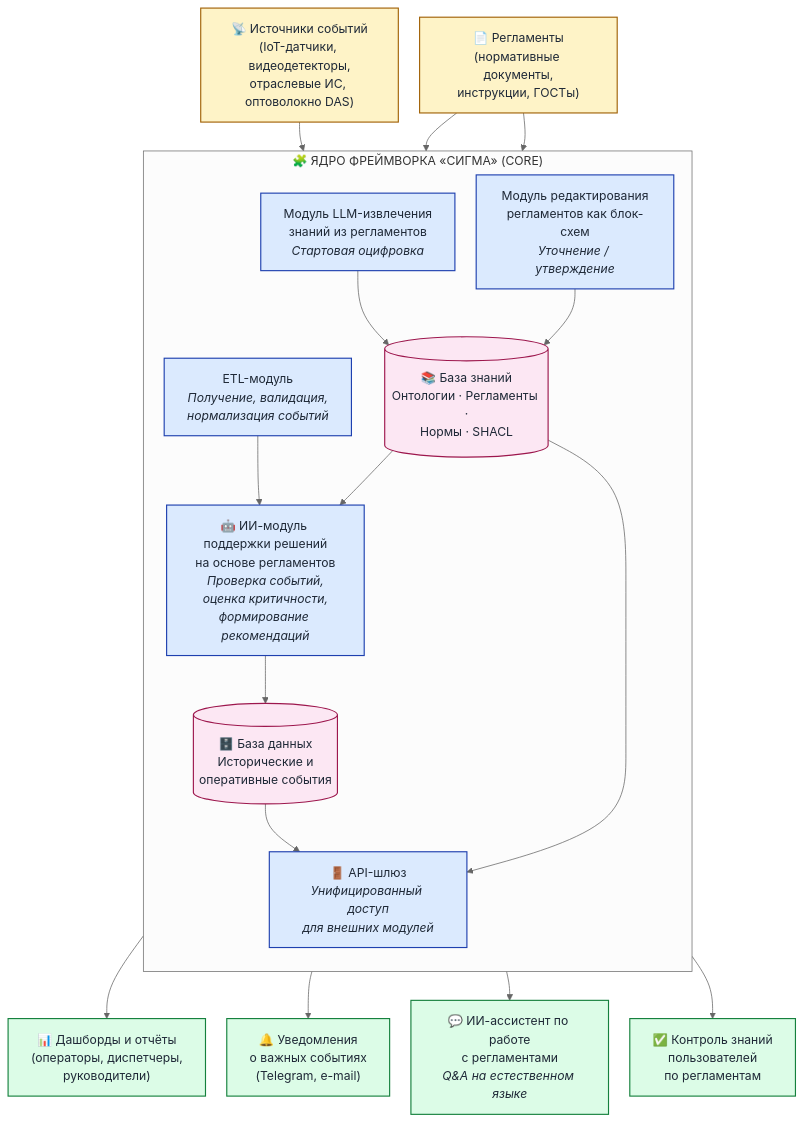
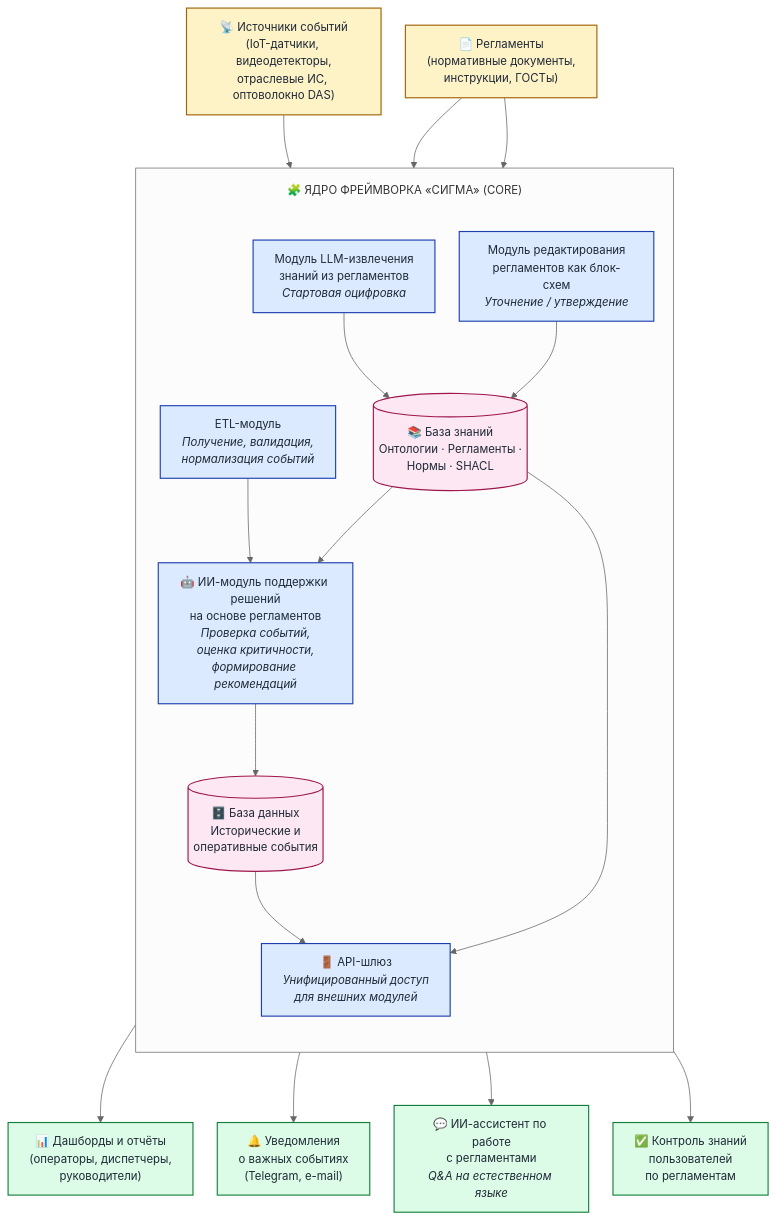
Before and after one commit to Barbashin1970/RAGRAF: the first of 2 diagrams in ARC-SIGMA.md, drawn with Mermaid. The commit also changed other lines of this file and 1 other file, not shown here.

Commit message:
фикс схем

````diff
--- a/ARC-SIGMA.md
+++ b/ARC-SIGMA.md
@@ -27,55 +27,55 @@
 ```mermaid
-%%{init: {'theme':'neutral', 'flowchart':{'nodeSpacing': 28, 'rankSpacing': 38}}}%%
+%%{init: {'theme':'neutral', 'themeVariables': {'fontSize': '15px'}, 'flowchart':{'nodeSpacing': 32, 'rankSpacing': 70, 'padding': 14, 'subGraphTitleMargin': {'top': 18, 'bottom': 18}}}}%%
 flowchart TD
     %% ─── Внешние входы ───────────────────────────────
     SRC["📡 Источники событий<br/>(IoT-датчики, видеодетекторы,<br/>отраслевые ИС, оптоволокно DAS)"]:::input
     REG["📄 Регламенты<br/>(нормативные документы,<br/>инструкции, ГОСТы)"]:::input
 
     %% ─── CORE Сигма ──────────────────────────────────
     subgraph CORE ["🧩 ЯДРО ФРЕЙМВОРКА «СИГМА» (CORE)"]
       direction TB
 
       ETL["ETL-модуль<br/><i>Получение, валидация,<br/>нормализация событий</i>"]:::core
       LLM["Модуль LLM-извлечения<br/>знаний из регламентов<br/><i>Стартовая оцифровка</i>"]:::core
       ED["Модуль редактирования<br/>регламентов как блок-схем<br/><i>Уточнение / утверждение</i>"]:::core
 
       AI["🤖 ИИ-модуль поддержки решений<br/>на основе регламентов<br/><i>Проверка событий,<br/>оценка критичности,<br/>формирование рекомендаций</i>"]:::core
 
       KB[("📚 База знаний<br/>Онтологии · Регламенты ·<br/>Нормы · SHACL")]:::store
       DB[("🗄️ База данных<br/>Исторические и<br/>оперативные события")]:::store
 
       GW["🚪 API-шлюз<br/><i>Унифицированный доступ<br/>для внешних модулей</i>"]:::core
     end
 
     %% ─── Подключаемые модули / потребители ──────────
     DASH["📊 Дашборды и отчёты<br/>(операторы, диспетчеры,<br/>руководители)"]:::output
     NOTIFY["🔔 Уведомления<br/>о важных событиях<br/>(Telegram, e-mail)"]:::output
     ASSIST["💬 ИИ-ассистент по работе<br/>с регламентами<br/><i>Q&A на естественном языке</i>"]:::output
     QUIZ["✅ Контроль знаний<br/>пользователей<br/>по регламентам"]:::output
 
     %% ─── Потоки ──────────────────────────────────────
     SRC --> ETL
     REG --> LLM
     REG --> ED
 
     LLM --> KB
     ED --> KB
 
     ETL --> AI
     KB --> AI
     AI --> DB
 
     DB --> GW
     KB --> GW
 
     GW --> DASH
     GW --> NOTIFY
     KB --> ASSIST
     KB --> QUIZ
 
     %% ─── Стили ───────────────────────────────────────
     classDef input fill:#fef3c7,stroke:#a16207,stroke-width:1.5px,color:#1f2937
     classDef core fill:#dbeafe,stroke:#1e40af,stroke-width:1.5px,color:#1f2937
     classDef store fill:#fce7f3,stroke:#9d174d,stroke-width:1.5px,color:#1f2937
     classDef output fill:#dcfce7,stroke:#15803d,stroke-width:1.5px,color:#1f2937
 ```
````
